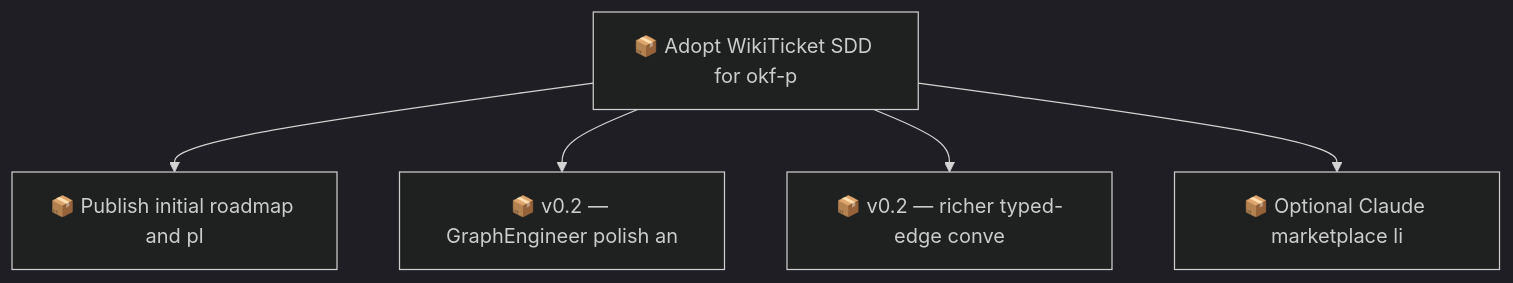
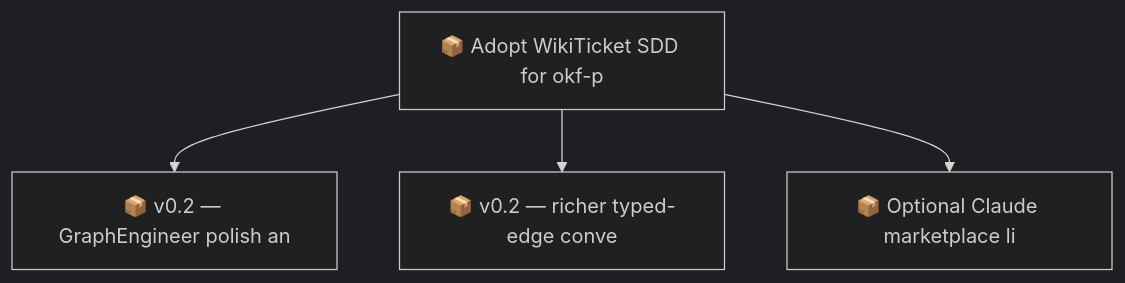
One commit to SpillwaveSolutions/okf-plugin changed the second of 2 diagrams in docs/roadmap.md. Above: the diagram before and after it, drawn with Mermaid (dark theme). The commit also changed other lines of this file and 10 other files, not shown here.

First line of the commit message:
worklog: publish docs to GitHub wiki 01KYQZ4PAN6A8EX36M2ZRWMDAZ

````diff
--- a/docs/roadmap.md
+++ b/docs/roadmap.md
@@ -85,12 +72,10 @@
 ```mermaid
 graph TD
     01KYQZ4PAMZCM9N56K8F3034F2["📦 Adopt WikiTicket SDD for okf-p"]
-    01KYQZ4PAN6A8EX36M2ZRWMDAZ["📦 Publish initial roadmap and pl"]
     01KYQZ4PAN71X19C6ZZVM42ZS2["📦 v0.2 — GraphEngineer polish an"]
     01KYQZ4PANG2JE670X42GCZY6S["📦 v0.2 — richer typed-edge conve"]
     01KYQZ4PANQFYAMMEBBHYPPG6P["📦 Optional Claude marketplace li"]
-    01KYQZ4PAMZCM9N56K8F3034F2 --> 01KYQZ4PAN6A8EX36M2ZRWMDAZ
     01KYQZ4PAMZCM9N56K8F3034F2 --> 01KYQZ4PAN71X19C6ZZVM42ZS2
     01KYQZ4PAMZCM9N56K8F3034F2 --> 01KYQZ4PANG2JE670X42GCZY6S
     01KYQZ4PAMZCM9N56K8F3034F2 --> 01KYQZ4PANQFYAMMEBBHYPPG6P
 ```
````
